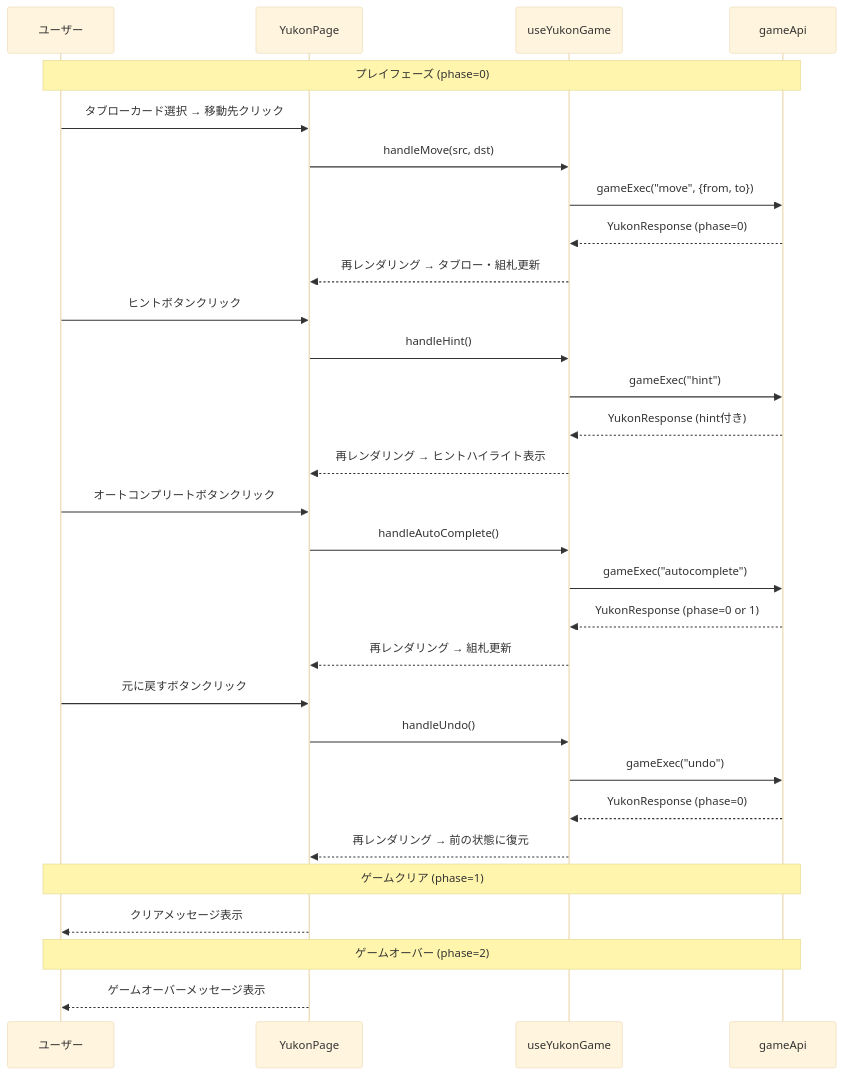
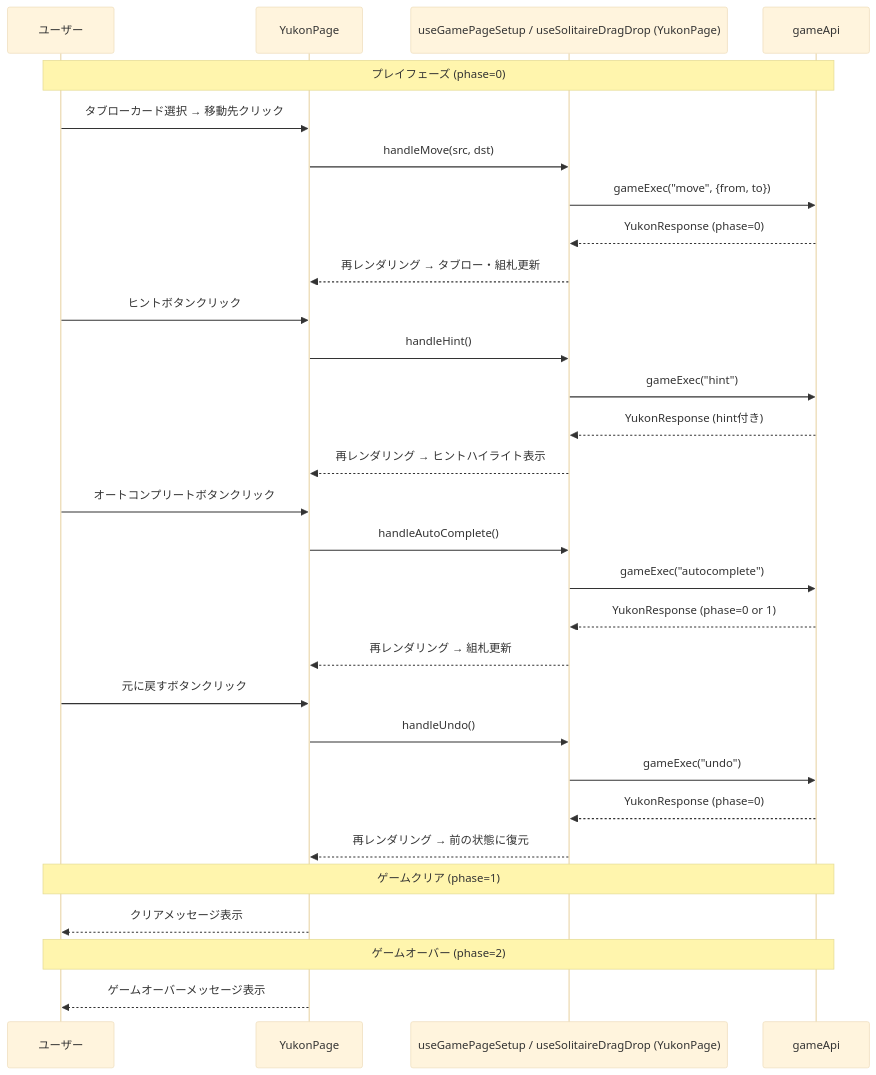
Diagram 28 of 49 in docs/design/frontend.md (yuta-yoshinaga/go_trumpcards), drawn with Mermaid (base theme) before and after one commit. The commit also changed other lines of this file and 11 other files, not shown here.

````diff
--- a/docs/design/frontend.md
+++ b/docs/design/frontend.md
@@ -2686,38 +2691,38 @@
 ```mermaid
 sequenceDiagram
     participant User as ユーザー
     participant Page as YukonPage
-    participant Hook as useYukonGame
+    participant Hook as useGamePageSetup / useSolitaireDragDrop (YukonPage)
     participant API as gameApi
 
     Note over User,API: プレイフェーズ (phase=0)
     User->>Page: タブローカード選択 → 移動先クリック
     Page->>Hook: handleMove(src, dst)
     Hook->>API: gameExec("move", {from, to})
     API-->>Hook: YukonResponse (phase=0)
     Hook-->>Page: 再レンダリング → タブロー・組札更新
 
     User->>Page: ヒントボタンクリック
     Page->>Hook: handleHint()
     Hook->>API: gameExec("hint")
     API-->>Hook: YukonResponse (hint付き)
     Hook-->>Page: 再レンダリング → ヒントハイライト表示
 
     User->>Page: オートコンプリートボタンクリック
     Page->>Hook: handleAutoComplete()
     Hook->>API: gameExec("autocomplete")
     API-->>Hook: YukonResponse (phase=0 or 1)
     Hook-->>Page: 再レンダリング → 組札更新
 
     User->>Page: 元に戻すボタンクリック
     Page->>Hook: handleUndo()
     Hook->>API: gameExec("undo")
     API-->>Hook: YukonResponse (phase=0)
     Hook-->>Page: 再レンダリング → 前の状態に復元
 
     Note over User,API: ゲームクリア (phase=1)
     Page-->>User: クリアメッセージ表示
 
     Note over User,API: ゲームオーバー (phase=2)
     Page-->>User: ゲームオーバーメッセージ表示
 ```
````
